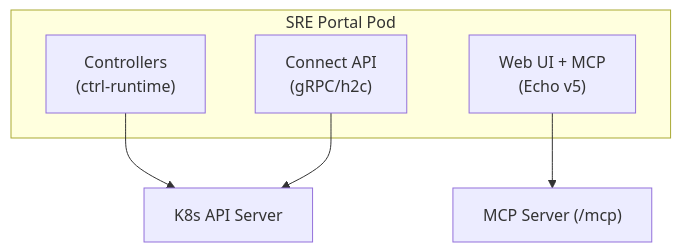
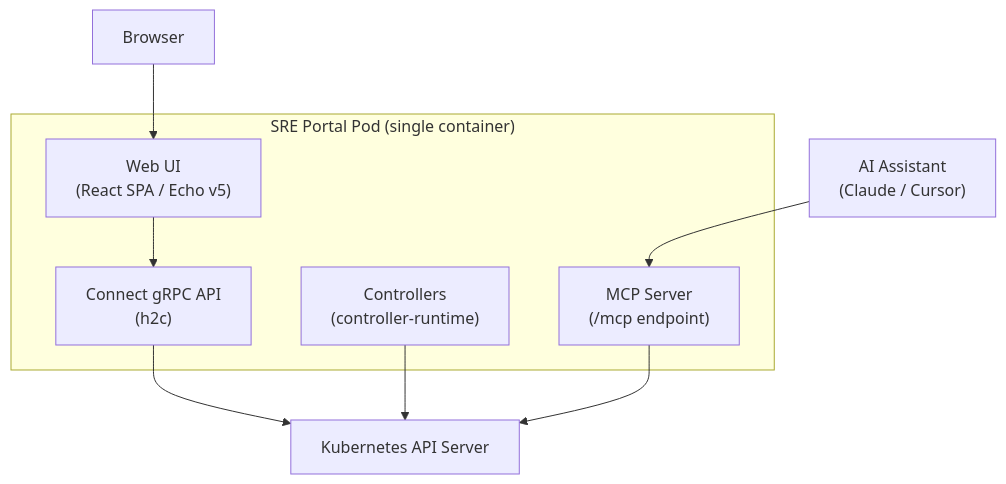
One commit to golgoth31/sreportal changed the diagram in blog/sre-portal-introduction.md. Above: the diagram before and after it, drawn with Mermaid. The commit also changed other lines of this file, not shown here.

Commit message:
chore: review blog

````diff
--- a/blog/sre-portal-introduction.md
+++ b/blog/sre-portal-introduction.md
@@ -119,12 +119,17 @@
 ```mermaid
 graph TB
-    subgraph Pod["SRE Portal Pod"]
-        Controllers["Controllers\n(ctrl-runtime)"]
-        API["Connect API\n(gRPC/h2c)"]
-        WebUI["Web UI + MCP\n(Echo v5)"]
+    Browser["Browser"] --> WebUI
+    AIAssistant["AI Assistant\n(Claude / Cursor)"] --> MCP
+
+    subgraph Pod["SRE Portal Pod (single container)"]
+        Controllers["Controllers\n(controller-runtime)"]
+        API["Connect gRPC API\n(h2c)"]
+        WebUI["Web UI\n(React SPA / Echo v5)"]
+        MCP["MCP Server\n(/mcp endpoint)"]
     end
 
-    Controllers --> K8s["K8s API Server"]
-    API --> K8s
-    WebUI --> MCP["MCP Server (/mcp)"]
+    WebUI --> API
+    API --> K8s["Kubernetes API Server"]
+    Controllers --> K8s
+    MCP --> K8s
 ```
````
